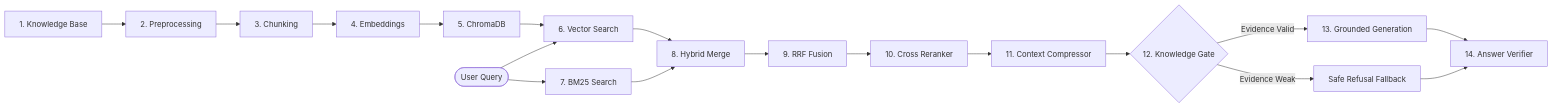
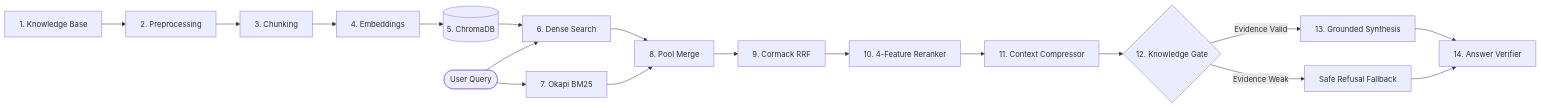
The third of 6 diagrams in README.md (Garima09-work/E-commerce), drawn with Mermaid before and after one commit. The commit also changed other lines of this file and 14 other files, not shown here.

````diff
--- a/README.md
+++ b/README.md
@@ -221,22 +265,23 @@
 ```mermaid
 flowchart LR
     KB[1. Knowledge Base] --> Prep[2. Preprocessing]
     Prep --> Chunk[3. Chunking]
     Chunk --> Embed[4. Embeddings]
-    Embed --> Chroma[5. ChromaDB]
+    Embed --> Chroma[(5. ChromaDB)]
 
-    Query([User Query]) --> Vector[6. Vector Search]
-    Query --> BM25[7. BM25 Search]
-    Chroma --> Vector
+    Q([User Query]) --> VecSearch[6. Dense Search]
+    Q --> BM25Search[7. Okapi BM25]
+    Chroma --> VecSearch
 
-    Vector --> Hybrid[8. Hybrid Merge]
-    BM25 --> Hybrid
-    Hybrid --> RRF[9. RRF Fusion]
-    RRF --> Rerank[10. Cross Reranker]
+    VecSearch --> Merge[8. Pool Merge]
+    BM25Search --> Merge
+    Merge --> RRF[9. Cormack RRF]
+    RRF --> Rerank[10. 4-Feature Reranker]
     Rerank --> Compress[11. Context Compressor]
     Compress --> Gate{12. Knowledge Gate}
-    Gate -->|Evidence Valid| Synth[13. Grounded Generation]
+
+    Gate -->|Evidence Valid| Synth[13. Grounded Synthesis]
     Gate -->|Evidence Weak| Fallback[Safe Refusal Fallback]
-    Synth --> Verifier[14. Answer Verifier]
-    Fallback --> Verifier
+    Synth --> Verif[14. Answer Verifier]
+    Fallback --> Verif
 ```
````
